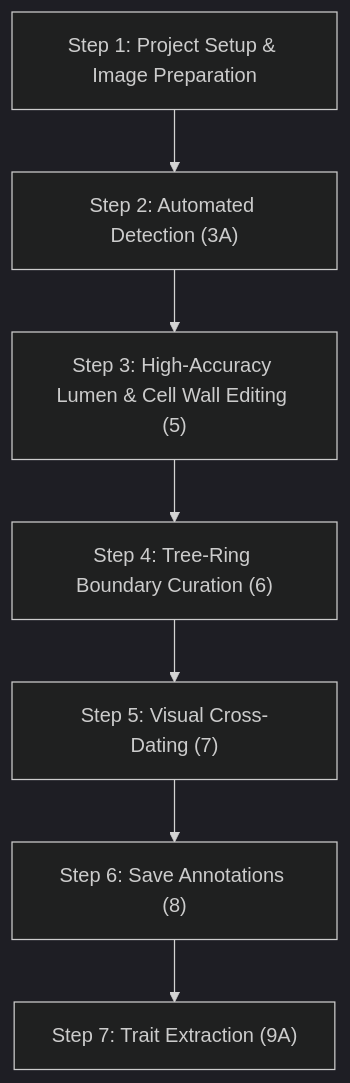
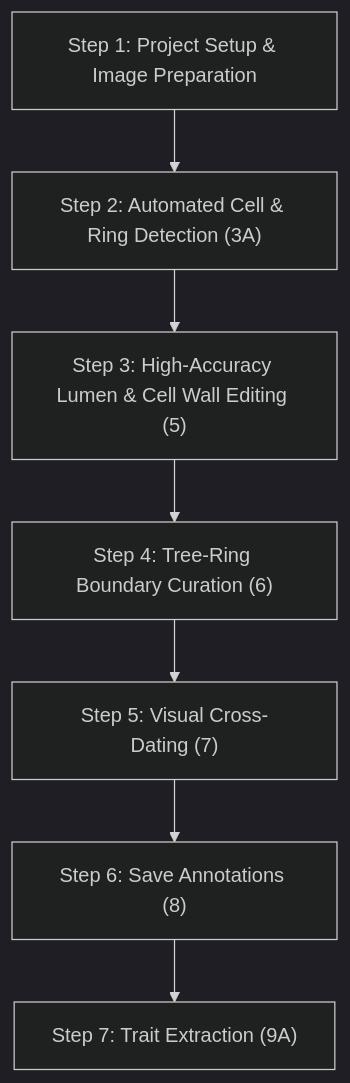
One commit to roxas-ai/napari-roxas-ai changed the second of 3 diagrams in docs/tutorials/workflows.md. Above: the diagram before and after it, drawn with Mermaid (dark theme). The commit also changed other lines of this file, not shown here.

Commit message:
Update tutorial workflows: refine step names, improve descriptions, and ensure consistency in segmentation and editing guides.

````diff
--- a/docs/tutorials/workflows.md
+++ b/docs/tutorials/workflows.md
@@ -58,9 +58,9 @@
 ```mermaid
 flowchart TD
-    P1["Step 1: Project Setup & Image Preparation"] --> P2["Step 2: Automated Detection (3A)"]
+    P1["Step 1: Project Setup & Image Preparation"] --> P2["Step 2: Automated Cell & Ring Detection (3A)"]
     P2 --> P3["Step 3: High-Accuracy Lumen & Cell Wall Editing (5)"]
     P3 --> P4["Step 4: Tree-Ring Boundary Curation (6)"]
     P4 --> P5["Step 5: Visual Cross-Dating (7)"]
     P5 --> P6["Step 6: Save Annotations (8)"]
     P6 --> P7["Step 7: Trait Extraction (9A)"]
 ```
````
